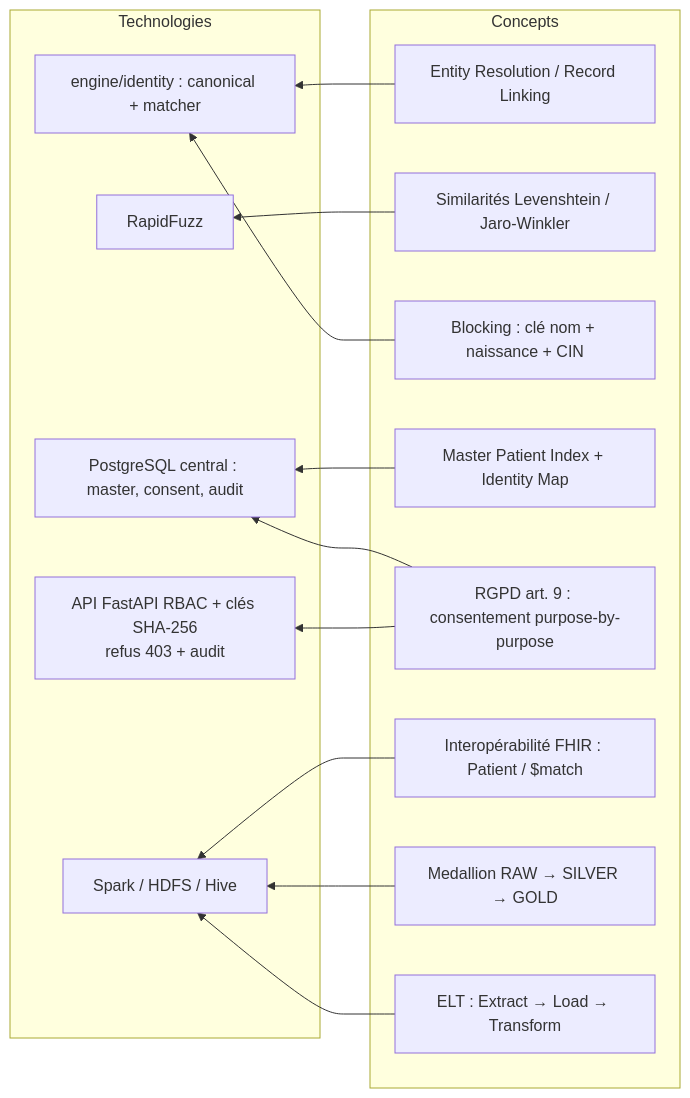
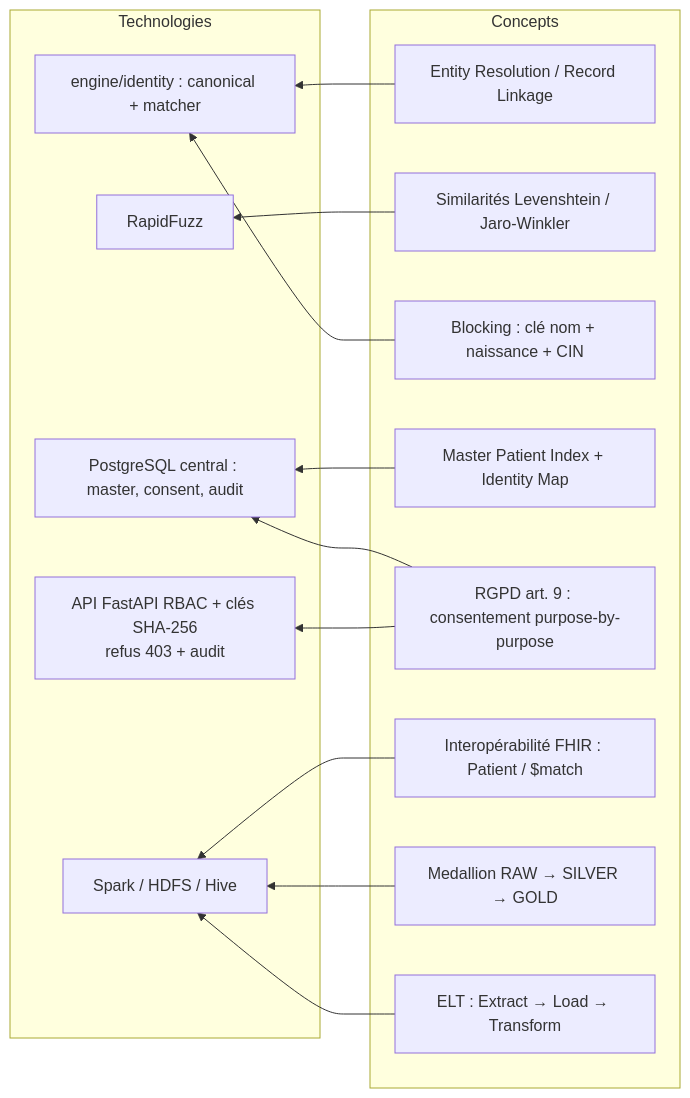
One commit to Alphamanjaka/test-big-data changed the first of 3 diagrams in chapters/07-conception.md. Above: the diagram before and after it, drawn with Mermaid. The commit also changed other lines of this file and 15 other files, not shown here.

````diff
--- a/chapters/07-conception.md
+++ b/chapters/07-conception.md
@@ -8,29 +8,29 @@
 ```mermaid
 flowchart RL
     subgraph Concepts
-        ER[Entity Resolution / Record Linking]
+        ER[Entity Resolution / Record Linkage]
         SIM[Similarités Levenshtein / Jaro-Winkler]
         BLK[Blocking : clé nom + naissance + CIN]
         MPI[Master Patient Index + Identity Map]
         RGDP[RGPD art. 9 : consentement purpose-by-purpose]
         FH[Interopérabilité FHIR : Patient / $match]
         MED[Medallion RAW → SILVER → GOLD]
         ELT[ELT : Extract → Load → Transform]
     end
     subgraph Technologies
         RF[RapidFuzz]
         EN[engine/identity : canonical + matcher]
         PG[PostgreSQL central : master, consent, audit]
         SP[Spark / HDFS / Hive]
         API[API FastAPI RBAC + clés SHA-256<br/>refus 403 + audit]
     end
     ER --> EN
     SIM --> RF
     BLK --> EN
     MPI --> PG
     RGDP --> API
     RGDP --> PG
     FH --> SP
     MED --> SP
     ELT --> SP
 ```
````
